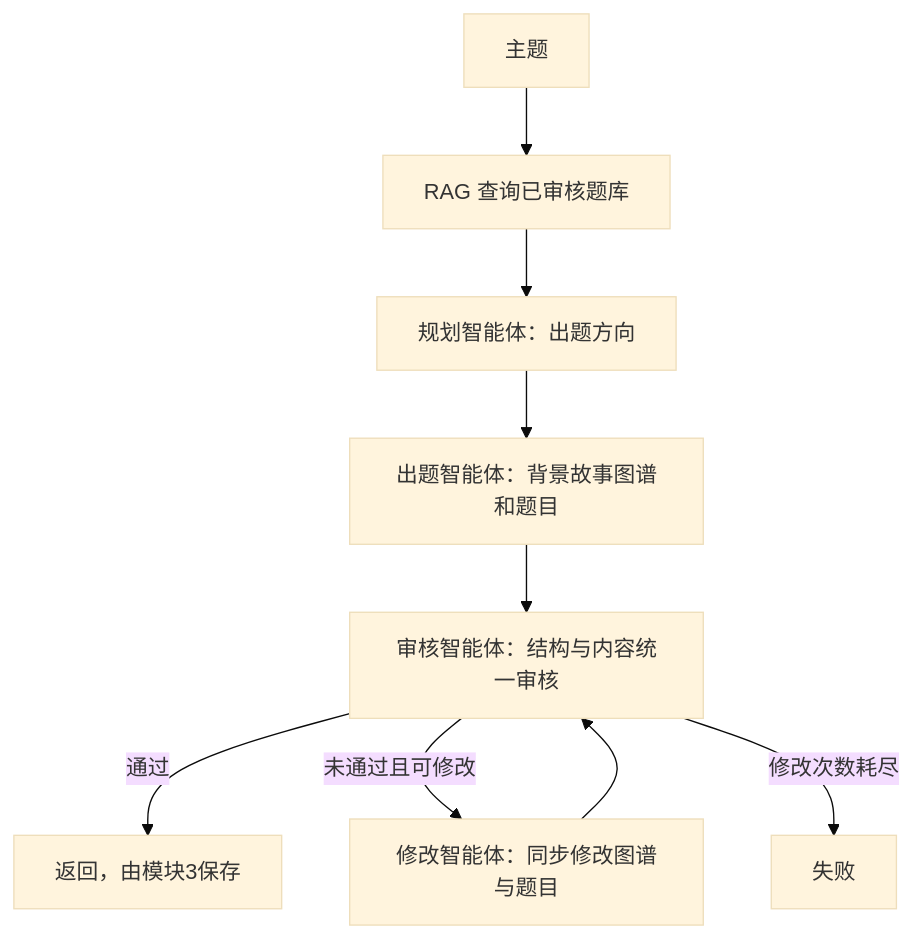
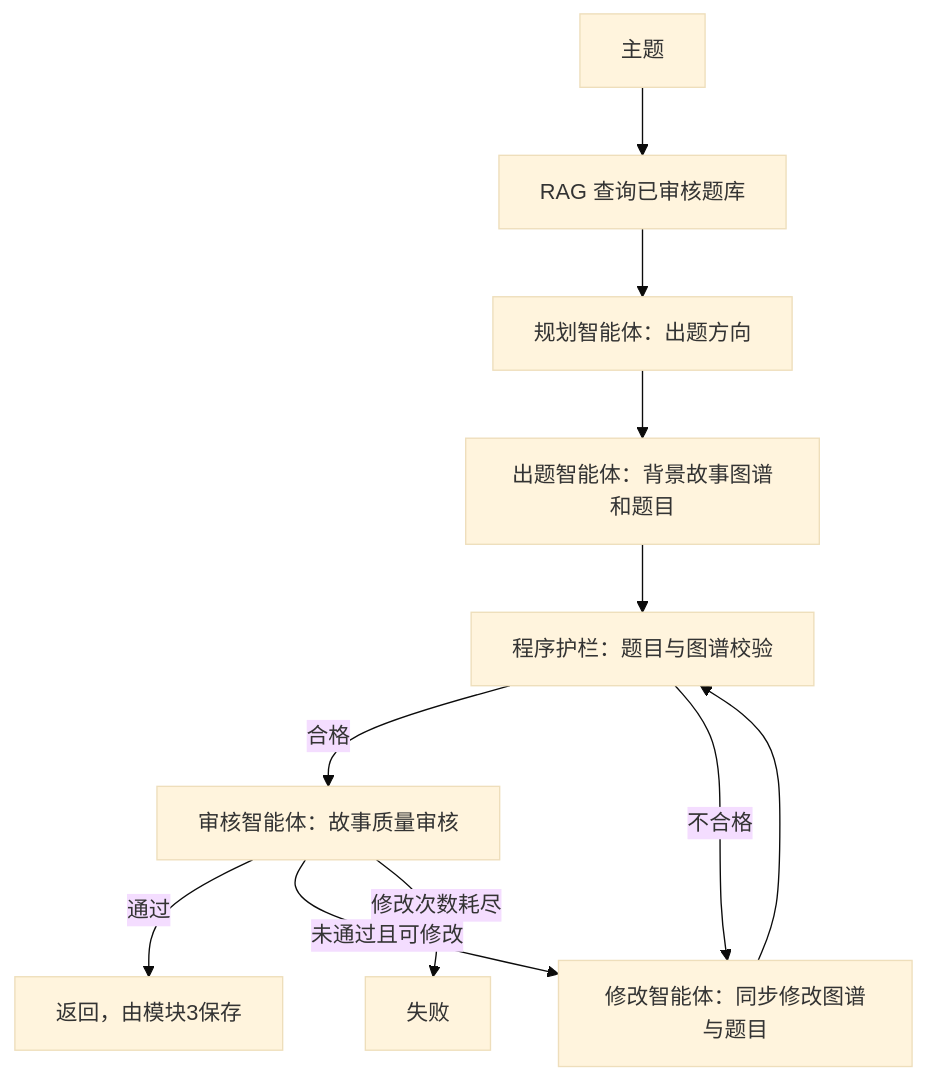
One commit to Liekkaszjh/AI-Puzzle-Mate changed the diagram in code/module1_puzzles/README.md. Above: the diagram before and after it, drawn with Mermaid (base theme). The commit also changed other lines of this file and 12 other files, not shown here.

Commit message:
refactor: split puzzle agents and add graph guardrails

````diff
--- a/code/module1_puzzles/README.md
+++ b/code/module1_puzzles/README.md
@@ -5,11 +5,13 @@
 ```mermaid
 flowchart TD
     A[主题] --> B[RAG 查询已审核题库]
     B --> C[规划智能体：出题方向]
     C --> D[出题智能体：背景故事图谱和题目]
-    D --> E[审核智能体：结构与内容统一审核]
+    D --> V[程序护栏：题目与图谱校验]
+    V -->|合格| E[审核智能体：故事质量审核]
+    V -->|不合格| G
     E -->|通过| F[返回，由模块3保存]
     E -->|未通过且可修改| G[修改智能体：同步修改图谱与题目]
-    G --> E
+    G --> V
     E -->|修改次数耗尽| H[失败]
 ```
````
